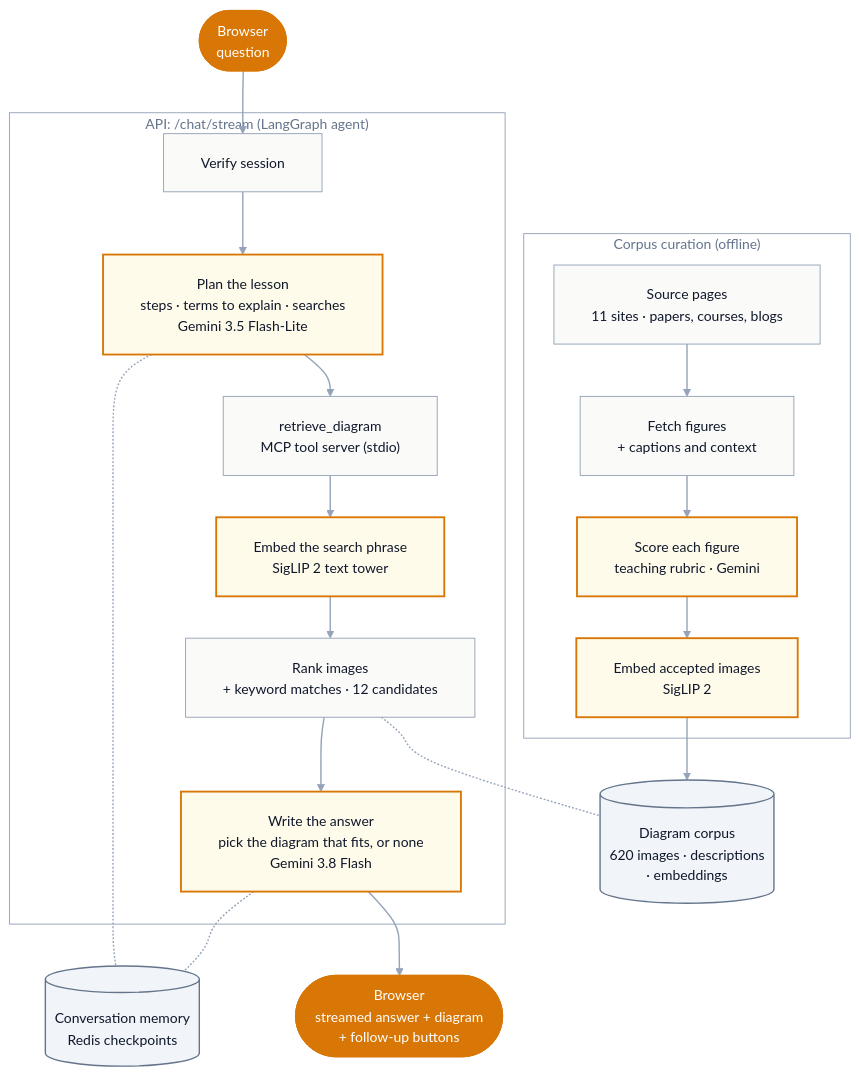
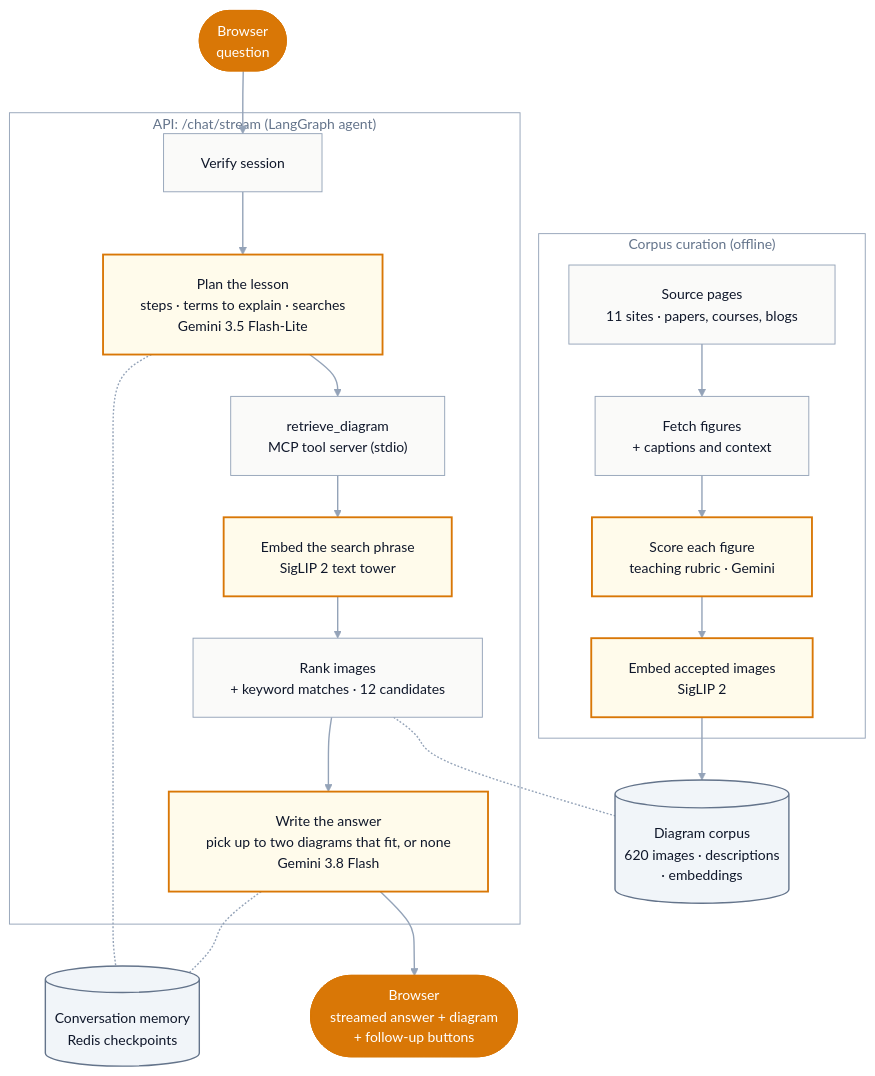
One commit to jessecui/mentorml changed the diagram in README.md. Above: the diagram before and after it, drawn with Mermaid.

Commit message:
Say the answer can show up to two diagrams in the README diagram

````diff
--- a/README.md
+++ b/README.md
@@ -25,42 +25,42 @@
 ```mermaid
 %%{init: {"theme": "base", "themeVariables": {"fontSize": "15px", "lineColor": "#94a3b8", "textColor": "#64748b", "clusterBkg": "transparent", "clusterBorder": "#94a3b8", "titleColor": "#64748b"}, "flowchart": {"curve": "basis", "nodeSpacing": 45, "rankSpacing": 45, "padding": 20, "wrappingWidth": 400}}}%%
 flowchart TB
     UI(["Browser<br/>question"])
 
     subgraph CUR["#nbsp;#nbsp;#nbsp;#nbsp;#nbsp;#nbsp;#nbsp;#nbsp;Corpus curation (offline)#nbsp;#nbsp;#nbsp;#nbsp;#nbsp;#nbsp;#nbsp;#nbsp;"]
         S["Source pages<br/>11 sites · papers, courses, blogs"] --> F["Fetch figures<br/>+ captions and context"]
         F --> R["Score each figure<br/>teaching rubric · Gemini"]
         R --> E1["Embed accepted images<br/>SigLIP 2"]
     end
 
     STORE[("Diagram corpus<br/>620 images · descriptions<br/>· embeddings")]
     MEM[("Conversation memory<br/>Redis checkpoints")]
 
     subgraph API["#nbsp;#nbsp;#nbsp;#nbsp;#nbsp;#nbsp;#nbsp;#nbsp;API: /chat/stream (LangGraph agent)#nbsp;#nbsp;#nbsp;#nbsp;#nbsp;#nbsp;#nbsp;#nbsp;"]
         A["Verify session"] --> P["Plan the lesson<br/>steps · terms to explain · searches<br/>Gemini 3.5 Flash-Lite"]
         P --> T["retrieve_diagram<br/>MCP tool server (stdio)"]
         T --> Q["Embed the search phrase<br/>SigLIP 2 text tower"]
         Q --> K["Rank images<br/>+ keyword matches · 12 candidates"]
-        K --> W["Write the answer<br/>pick the diagram that fits, or none<br/>Gemini 3.8 Flash"]
+        K --> W["Write the answer<br/>pick up to two diagrams that fit, or none<br/>Gemini 3.8 Flash"]
     end
 
     OUT(["Browser<br/>streamed answer + diagram<br/>+ follow-up buttons"])
 
     UI --> A
     E1 --> STORE
     K -.- STORE
     P -.- MEM
     W -.- MEM
     W --> OUT
 
     classDef step fill:#fafaf9,stroke:#94a3b8,stroke-width:1px,color:#0f172a
     classDef model fill:#fffbeb,stroke:#d97706,stroke-width:2px,color:#0f172a
     classDef store fill:#f1f5f9,stroke:#64748b,stroke-width:1.5px,color:#0f172a
     classDef client fill:#d97706,stroke:#d97706,color:#ffffff
 
     class S,F,A,T,K step
     class R,E1,P,Q,W model
     class STORE,MEM store
     class UI,OUT client
     linkStyle default stroke:#94a3b8,stroke-width:1.5px
 ```
````
